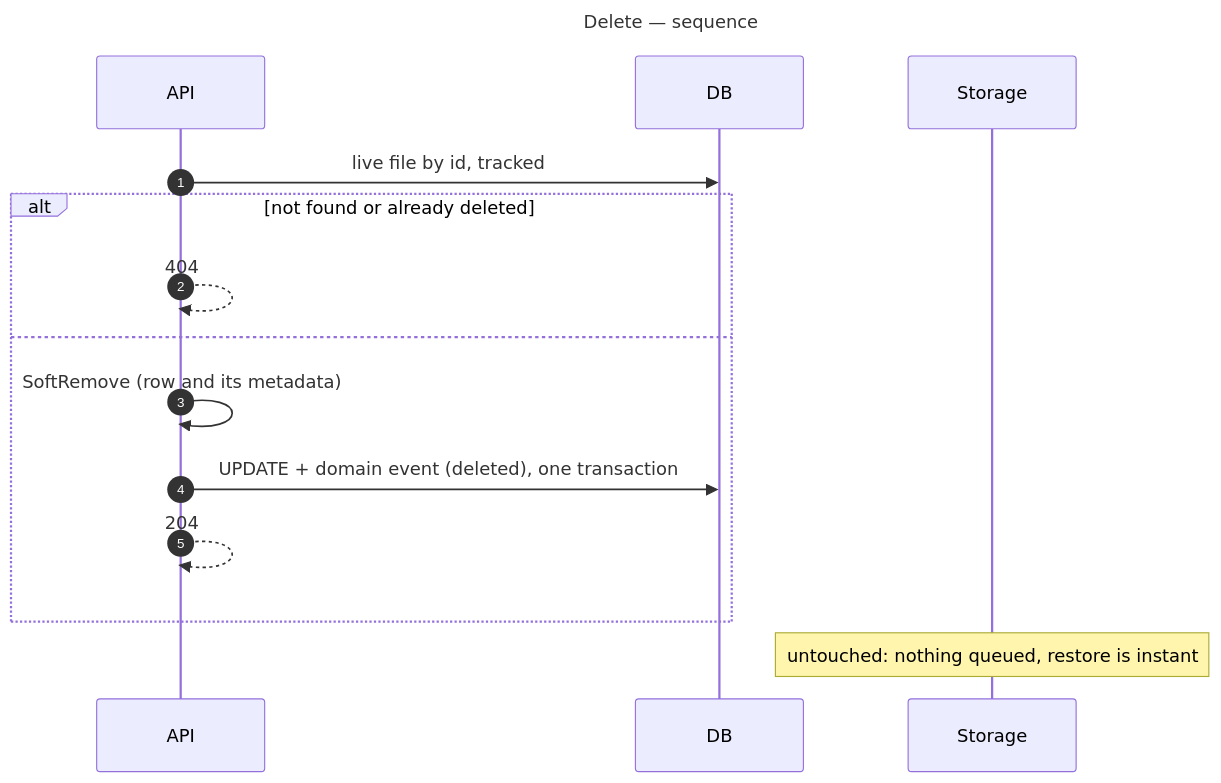
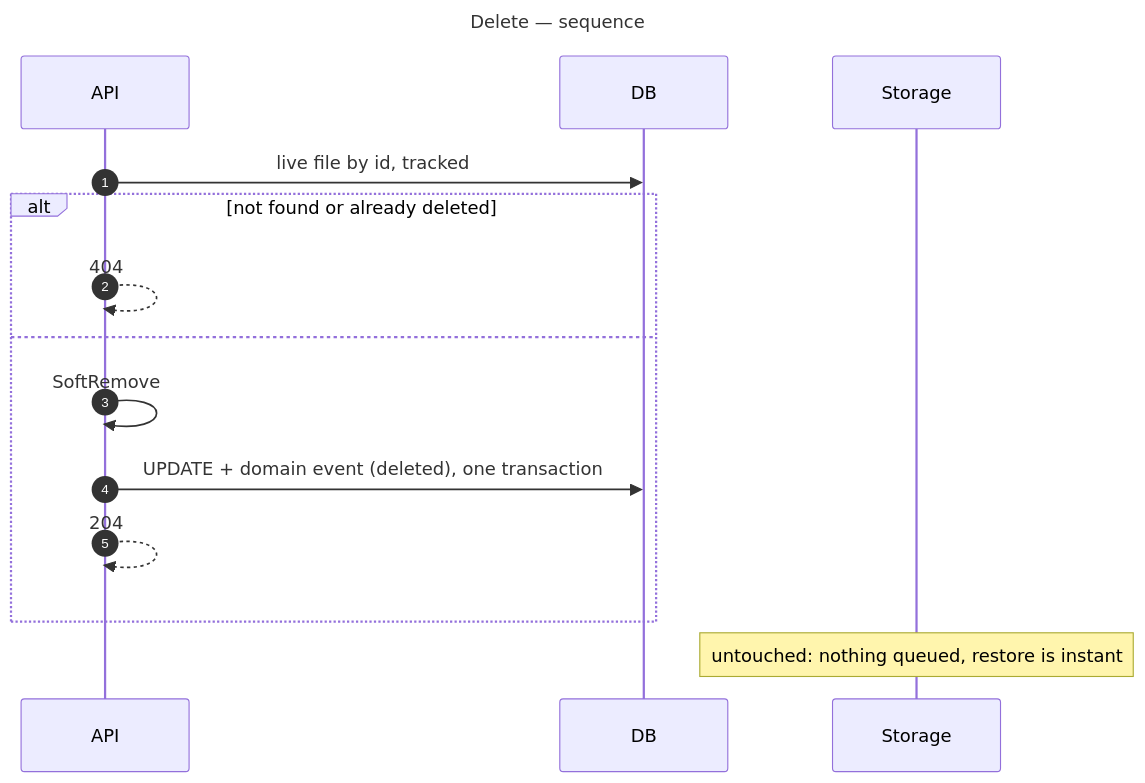
Before and after one commit to gmetskhvarishvili/GM.FileStorage.Samples: the eighth of 16 diagrams in docs/sequence-diagrams.md, drawn with Mermaid. The commit also changed other lines of this file and 26 other files, not shown here.

````diff
--- a/docs/sequence-diagrams.md
+++ b/docs/sequence-diagrams.md
@@ -281,20 +281,20 @@
 ```mermaid
 ---
 title: Delete — sequence
 ---
 sequenceDiagram
     autonumber
     participant API
     participant DB
     participant S as Storage
 
     API->>DB: live file by id, tracked
     alt not found or already deleted
         API-->>API: 404
     else
-        API->>API: SoftRemove (row and its metadata)
+        API->>API: SoftRemove
         API->>DB: UPDATE + domain event (deleted), one transaction
         API-->>API: 204
     end
     Note over S: untouched: nothing queued, restore is instant
 ```
````
